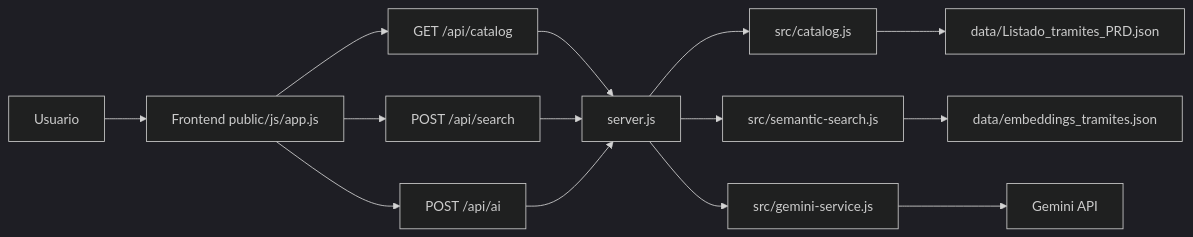
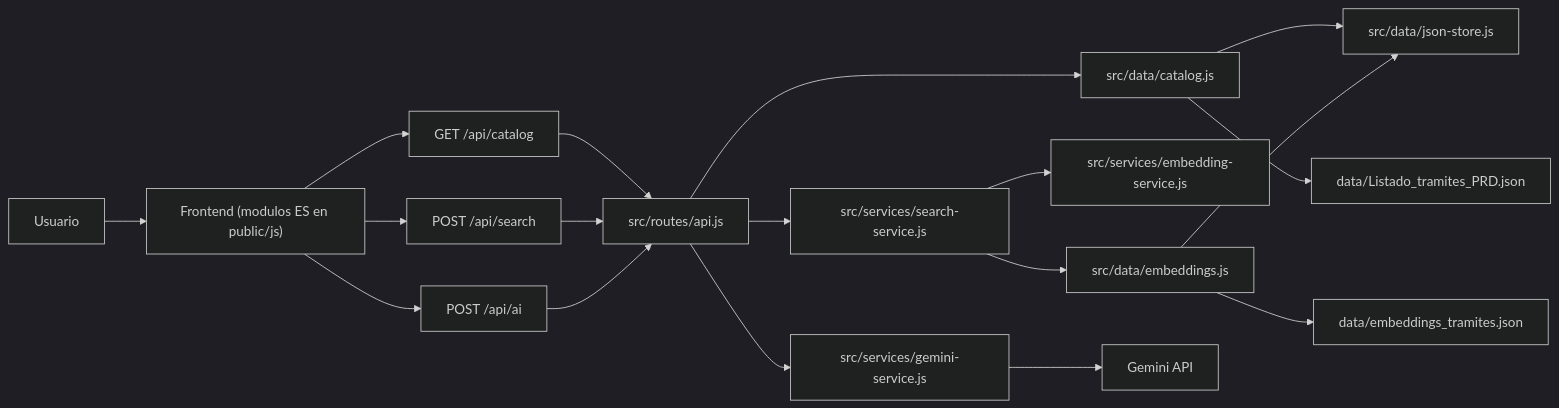
One commit to francopignanelli/tadi-search changed the diagram in DOCUMENTACION.md. Above: the diagram before and after it, drawn with Mermaid (dark theme). The commit also changed other lines of this file and 36 other files, not shown here.

Commit message:
refactor: arquitectura por capas + modulos ES en frontend

````diff
--- a/DOCUMENTACION.md
+++ b/DOCUMENTACION.md
@@ -15,16 +15,20 @@
 ```mermaid
 flowchart LR
-  U["Usuario"] --> F["Frontend public/js/app.js"]
+  U["Usuario"] --> F["Frontend (modulos ES en public/js)"]
   F --> C["GET /api/catalog"]
   F --> S["POST /api/search"]
   F --> A["POST /api/ai"]
-  C --> N["server.js"]
-  S --> N
-  A --> N
-  N --> CAT["src/catalog.js"]
-  N --> SEM["src/semantic-search.js"]
-  N --> GEM["src/gemini-service.js"]
+  C --> R["src/routes/api.js"]
+  S --> R
+  A --> R
+  R --> CAT["src/data/catalog.js"]
+  R --> SRCH["src/services/search-service.js"]
+  R --> GEM["src/services/gemini-service.js"]
+  SRCH --> EMB["src/services/embedding-service.js"]
+  SRCH --> VECREPO["src/data/embeddings.js"]
+  CAT --> STORE["src/data/json-store.js"]
+  VECREPO --> STORE
   CAT --> DATA["data/Listado_tramites_PRD.json"]
-  SEM --> VEC["data/embeddings_tramites.json"]
+  VECREPO --> VEC["data/embeddings_tramites.json"]
   GEM --> API["Gemini API"]
 ```
````
